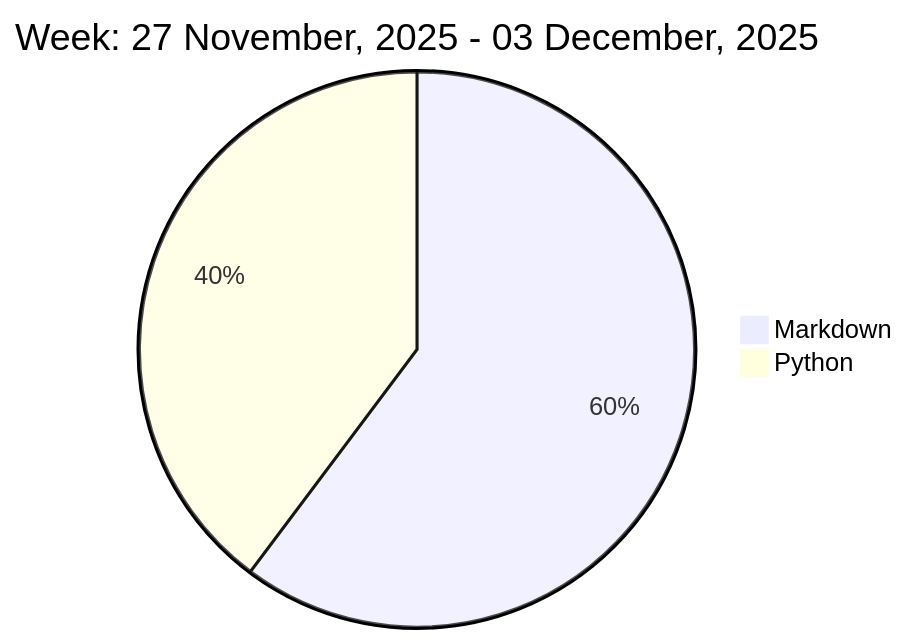
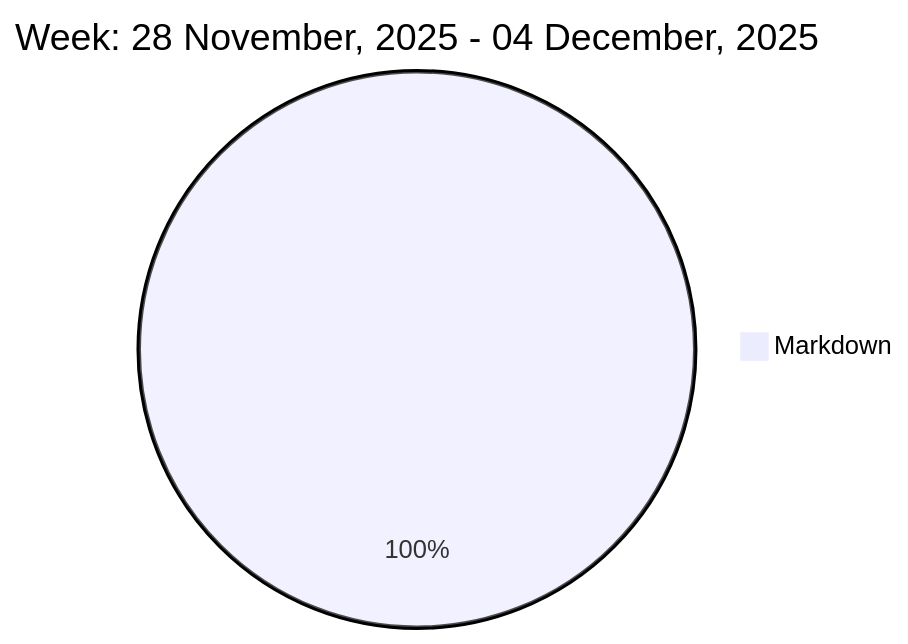
Before and after one commit to liubin95/liubin95: the diagram in README.md, drawn with Mermaid.

Commit message:
Updated the Graph with new Metrics

````diff
--- a/README.md
+++ b/README.md
@@ -37,6 +37,5 @@
 ```mermaid
  pie
-title Week: 27 November, 2025 - 03 December, 2025
- "Markdown" : 2.5
- "Python" : 1.65
+title Week: 28 November, 2025 - 04 December, 2025
+ "Markdown" : 3.35
 ```
````
